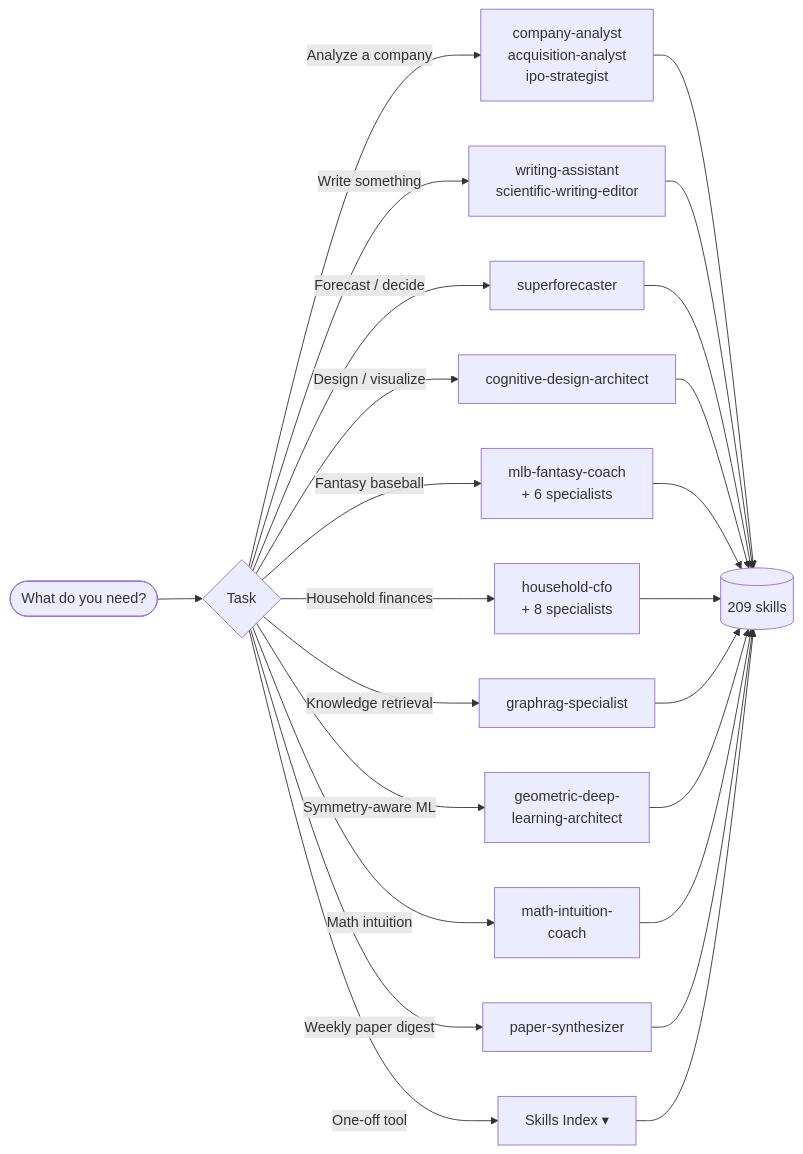
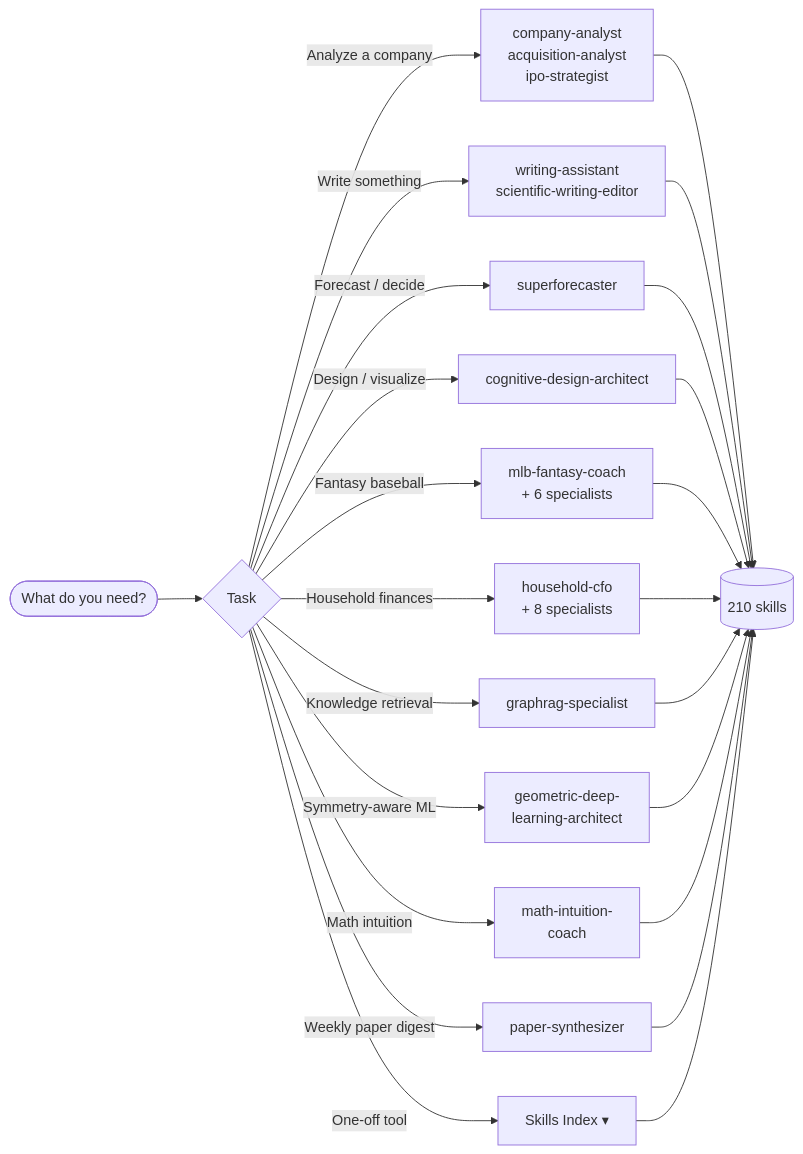
The diagram in README.md (lyndonkl/claude), drawn with Mermaid before and after one commit. The commit also changed other lines of this file and 2 other files, not shown here.

````diff
--- a/README.md
+++ b/README.md
@@ -39,17 +39,17 @@
 ```mermaid
 flowchart LR
     U([What do you need?]) --> D{Task}
     D -->|Analyze a company| CA[company-analyst<br/>acquisition-analyst<br/>ipo-strategist]
     D -->|Write something| WA[writing-assistant<br/>scientific-writing-editor]
     D -->|Forecast / decide| SF[superforecaster]
     D -->|Design / visualize| CD[cognitive-design-architect]
     D -->|Fantasy baseball| MLB[mlb-fantasy-coach<br/>+ 6 specialists]
     D -->|Household finances| HF[household-cfo<br/>+ 8 specialists]
     D -->|Knowledge retrieval| GR[graphrag-specialist]
     D -->|Symmetry-aware ML| GDL[geometric-deep-<br/>learning-architect]
     D -->|Math intuition| MI[math-intuition-<br/>coach]
     D -->|Weekly paper digest| PS[paper-synthesizer]
     D -->|One-off tool| SK[Skills Index ▾]
-    CA & WA & SF & CD & MLB & HF & GR & GDL & MI & PS --> S[(209 skills)]
+    CA & WA & SF & CD & MLB & HF & GR & GDL & MI & PS --> S[(210 skills)]
     SK --> S
 ```
````
